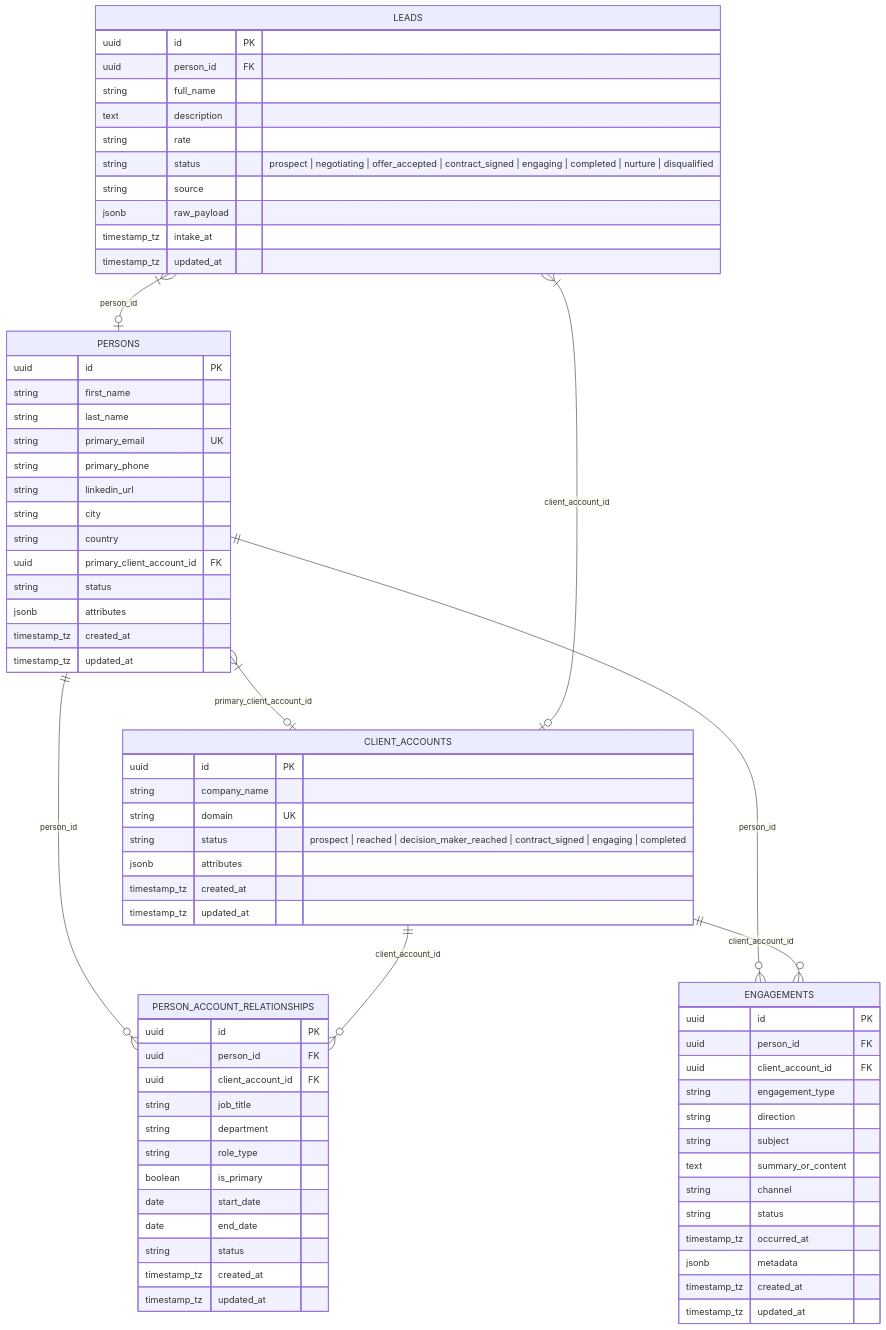
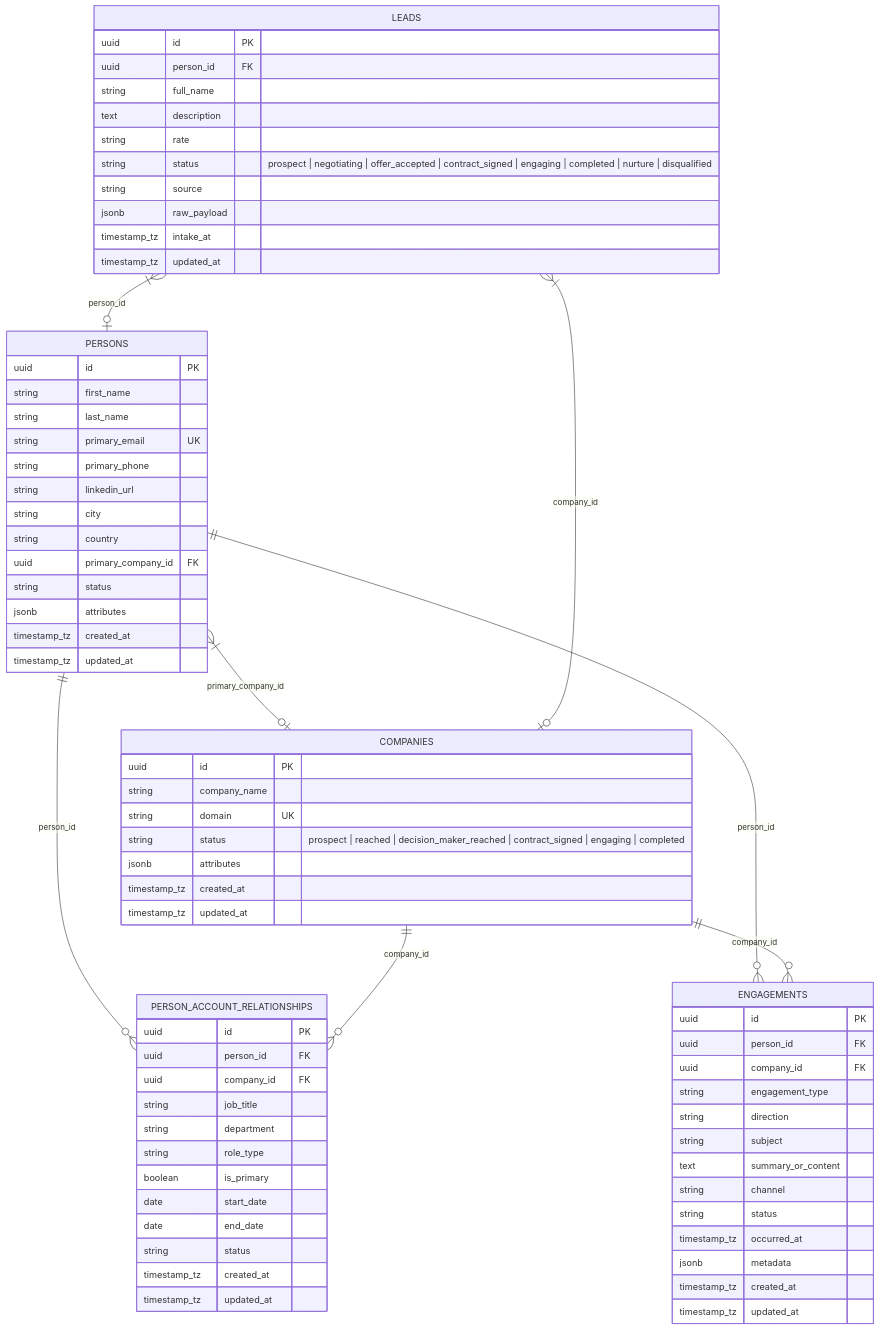
Before and after one commit to Data-Biz-AI-Consultancy/Jager: the diagram in src/db/README.md, drawn with Mermaid. The commit also changed other lines of this file and 8 other files, not shown here.

Commit message:
refactor: rename client_accounts table and associated references to companies throughout the database schema and documentation

````diff
--- a/src/db/README.md
+++ b/src/db/README.md
@@ -11,80 +11,80 @@
 ```mermaid
 erDiagram
-    CLIENT_ACCOUNTS {
+    COMPANIES {
         uuid id PK
         string company_name
         string domain UK
         string status "prospect | reached | decision_maker_reached | contract_signed | engaging | completed"
         jsonb attributes
         timestamp_tz created_at
         timestamp_tz updated_at
     }
 
     PERSONS {
         uuid id PK
         string first_name
         string last_name
         string primary_email UK
         string primary_phone
         string linkedin_url
         string city
         string country
-        uuid primary_client_account_id FK
+        uuid primary_company_id FK
         string status
         jsonb attributes
         timestamp_tz created_at
         timestamp_tz updated_at
     }
 
     LEADS {
         uuid id PK
         uuid person_id FK
         string full_name
         text description
         string rate
         string status "prospect | negotiating | offer_accepted | contract_signed | engaging | completed | nurture | disqualified"
         string source
         jsonb raw_payload
         timestamp_tz intake_at
         timestamp_tz updated_at
     }
 
     PERSON_ACCOUNT_RELATIONSHIPS {
         uuid id PK
         uuid person_id FK
-        uuid client_account_id FK
+        uuid company_id FK
         string job_title
         string department
         string role_type
         boolean is_primary
         date start_date
         date end_date
         string status
         timestamp_tz created_at
         timestamp_tz updated_at
     }
 
     ENGAGEMENTS {
         uuid id PK
         uuid person_id FK
-        uuid client_account_id FK
+        uuid company_id FK
         string engagement_type
         string direction
         string subject
         text summary_or_content
         string channel
         string status
         timestamp_tz occurred_at
         jsonb metadata
         timestamp_tz created_at
         timestamp_tz updated_at
     }
 
-    PERSONS }|--o| CLIENT_ACCOUNTS : "primary_client_account_id"
+    PERSONS }|--o| COMPANIES : "primary_company_id"
     LEADS }|--o| PERSONS : "person_id"
-    LEADS }|--o| CLIENT_ACCOUNTS : "client_account_id"
+    LEADS }|--o| COMPANIES : "company_id"
     PERSONS ||--o{ PERSON_ACCOUNT_RELATIONSHIPS : "person_id"
-    CLIENT_ACCOUNTS ||--o{ PERSON_ACCOUNT_RELATIONSHIPS : "client_account_id"
+    COMPANIES ||--o{ PERSON_ACCOUNT_RELATIONSHIPS : "company_id"
     PERSONS ||--o{ ENGAGEMENTS : "person_id"
-    CLIENT_ACCOUNTS ||--o{ ENGAGEMENTS : "client_account_id"
+    COMPANIES ||--o{ ENGAGEMENTS : "company_id"
 ```
````
